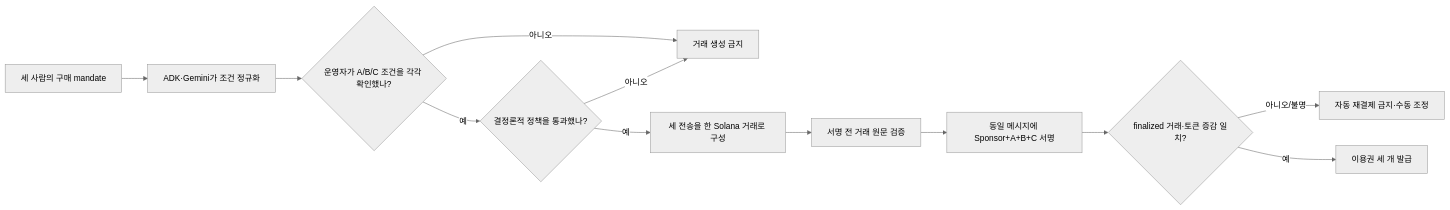
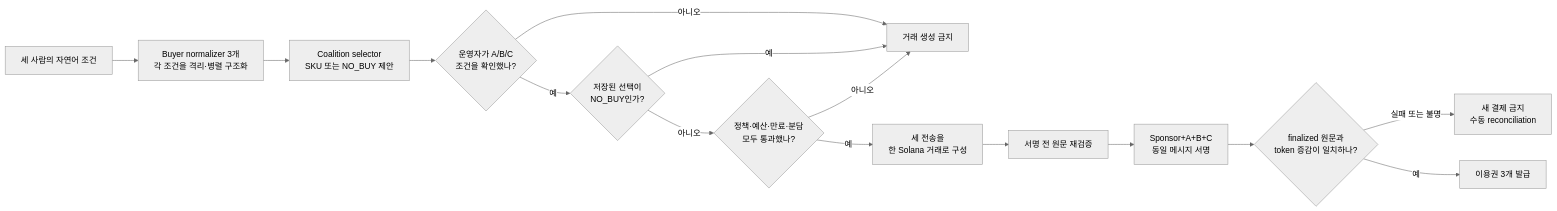
The diagram in README.md (procloudkim/2026-Solana-Google), drawn with Mermaid (neutral theme) before and after one commit. The commit also changed other lines of this file and 16 other files, not shown here.

````diff
--- a/README.md
+++ b/README.md
@@ -53,14 +49,17 @@
 ```mermaid
 flowchart LR
-    M[세 사람의 구매 mandate] --> A[ADK·Gemini가 조건 정규화]
-    A --> H{운영자가 A/B/C 조건을 각각 확인했나?}
+    M[세 사람의 자연어 조건] --> N[Buyer normalizer 3개<br/>각 조건을 격리·병렬 구조화]
+    N --> A[Coalition selector<br/>SKU 또는 NO_BUY 제안]
+    A --> H{운영자가 A/B/C<br/>조건을 확인했나?}
     H -- 아니오 --> X[거래 생성 금지]
-    H -- 예 --> P{결정론적 정책을 통과했나?}
+    H -- 예 --> C{저장된 선택이<br/>NO_BUY인가?}
+    C -- 예 --> X
+    C -- 아니오 --> P{정책·예산·만료·분담<br/>모두 통과했나?}
     P -- 아니오 --> X
-    P -- 예 --> T[세 전송을 한 Solana 거래로 구성]
-    T --> V[서명 전 거래 원문 검증]
-    V --> S[동일 메시지에 Sponsor+A+B+C 서명]
-    S --> F{finalized 거래·토큰 증감 일치?}
-    F -- 아니오/불명 --> R[자동 재결제 금지·수동 조정]
-    F -- 예 --> E[이용권 세 개 발급]
+    P -- 예 --> T[세 전송을<br/>한 Solana 거래로 구성]
+    T --> V[서명 전 원문 재검증]
+    V --> S[Sponsor+A+B+C<br/>동일 메시지 서명]
+    S --> F{finalized 원문과<br/>token 증감이 일치하나?}
+    F -- 실패 또는 불명 --> R[새 결제 금지<br/>수동 reconciliation]
+    F -- 예 --> E[이용권 3개 발급]
 ```
````
